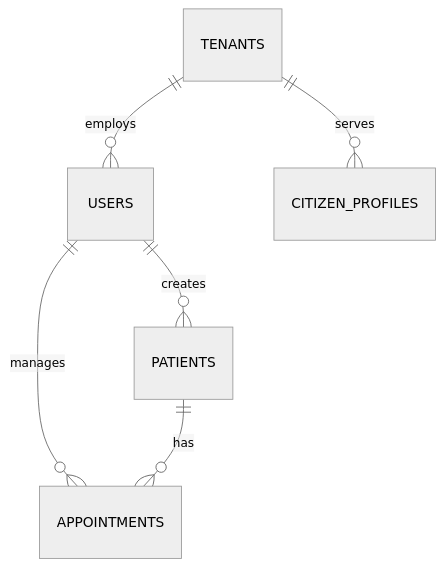
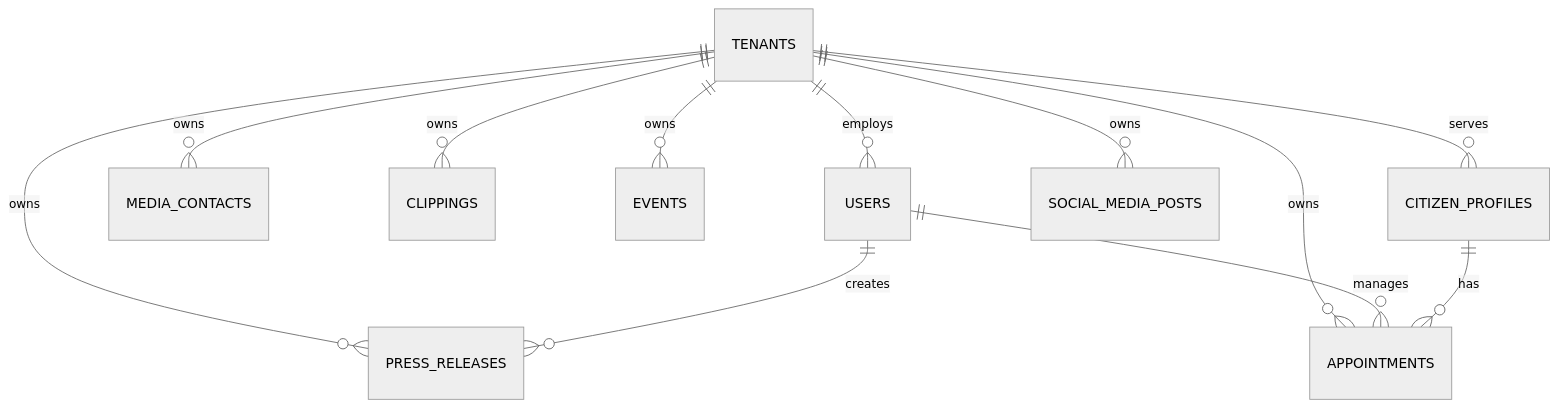
The diagram in docs/prompts/backend/comprehensive-modular-review.md (jreinaldodasilva/secomvsaas), drawn with Mermaid (neutral theme) before and after one commit. The commit also changed other lines of this file and 60 other files, not shown here.

````diff
--- a/docs/prompts/backend/comprehensive-modular-review.md
+++ b/docs/prompts/backend/comprehensive-modular-review.md
@@ -151,8 +135,14 @@
 ```mermaid
 erDiagram
-    USERS ||--o{ PATIENTS : creates
+    TENANTS ||--o{ USERS : employs
+    TENANTS ||--o{ PRESS_RELEASES : owns
+    TENANTS ||--o{ MEDIA_CONTACTS : owns
+    TENANTS ||--o{ CLIPPINGS : owns
+    TENANTS ||--o{ EVENTS : owns
+    TENANTS ||--o{ APPOINTMENTS : owns
+    TENANTS ||--o{ CITIZEN_PROFILES : serves
+    TENANTS ||--o{ SOCIAL_MEDIA_POSTS : owns
+    USERS ||--o{ PRESS_RELEASES : creates
     USERS ||--o{ APPOINTMENTS : manages
-    PATIENTS ||--o{ APPOINTMENTS : has
-    TENANTS ||--o{ USERS : employs
-    TENANTS ||--o{ CITIZEN_PROFILES : serves
+    CITIZEN_PROFILES ||--o{ APPOINTMENTS : has
 ```
````
